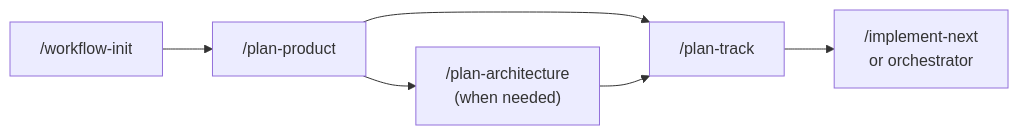
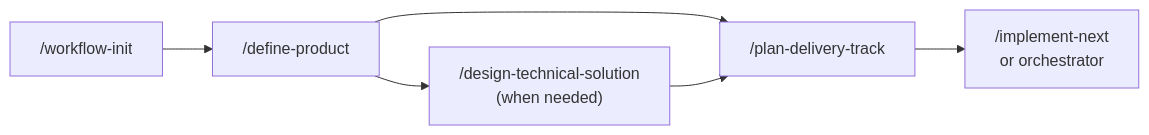
Before and after one commit to aryeko/agentic-workflow-kit: the diagram in docs/getting-started.md, drawn with Mermaid. The commit also changed other lines of this file and 96 other files, not shown here.

````diff
--- a/docs/getting-started.md
+++ b/docs/getting-started.md
@@ -26,5 +26,5 @@
 ```mermaid
 flowchart LR
-  A["/workflow-init"] --> B["/plan-product"] --> C["/plan-track"] --> D["/implement-next<br/>or orchestrator"]
-  B --> E["/plan-architecture<br/>(when needed)"] --> C
+  A["/workflow-init"] --> B["/define-product"] --> C["/plan-delivery-track"] --> D["/implement-next<br/>or orchestrator"]
+  B --> E["/design-technical-solution<br/>(when needed)"] --> C
 ```
````
